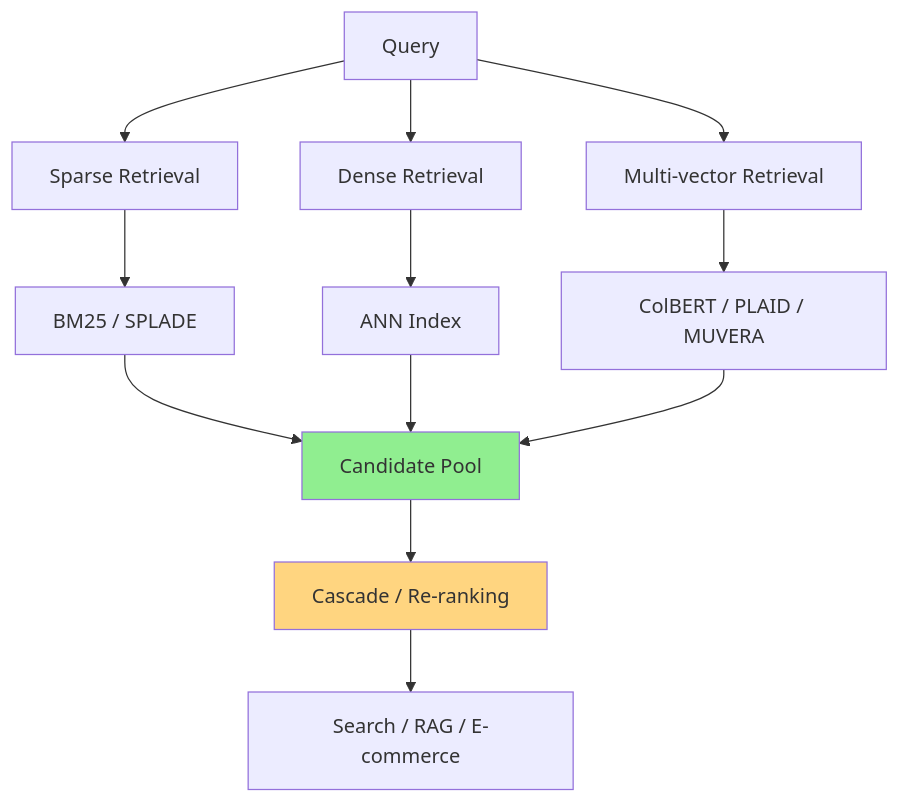
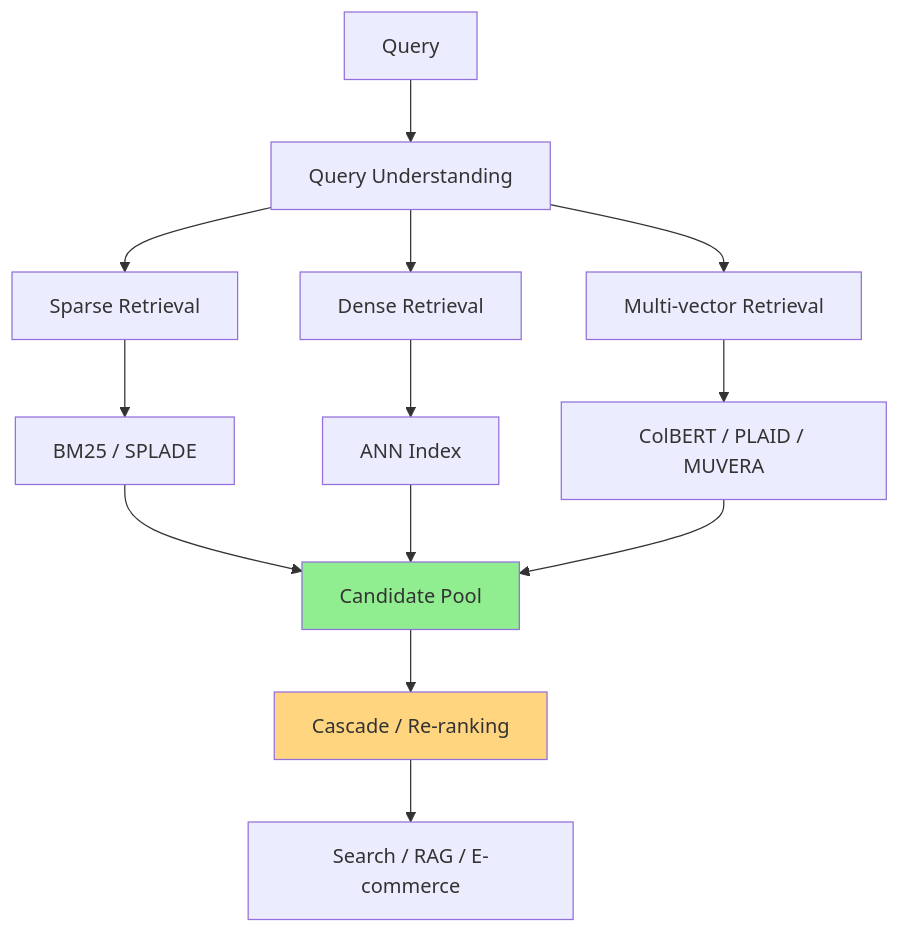
The diagram in content/retrieval/Retrieval.md (zzong2006/zzong2006.github.io), drawn with Mermaid before and after one commit. The commit also changed other lines of this file and 3 other files, not shown here.

Commit message:
content: Query Understanding, Search Relevance Evaluation 노트 추가 (#84)

````diff
--- a/content/retrieval/Retrieval.md
+++ b/content/retrieval/Retrieval.md
@@ -16,16 +16,17 @@
 ```mermaid
 flowchart TD
-    Q["Query"] --> SPARSE["Sparse Retrieval"]
-    Q --> DENSE["Dense Retrieval"]
-    Q --> MULTI["Multi-vector Retrieval"]
+    Q["Query"] --> QU["Query Understanding"]
+    QU --> SPARSE["Sparse Retrieval"]
+    QU --> DENSE["Dense Retrieval"]
+    QU --> MULTI["Multi-vector Retrieval"]
     SPARSE --> BM25["BM25 / SPLADE"]
     DENSE --> ANN["ANN Index"]
     MULTI --> COLBERT["ColBERT / PLAID / MUVERA"]
     BM25 --> CAND["Candidate Pool"]
     ANN --> CAND
     COLBERT --> CAND
     CAND --> RANK["Cascade / Re-ranking"]
     RANK --> APP["Search / RAG / E-commerce"]
     style CAND fill:#90EE90
     style RANK fill:#FFD580
 ```
````
